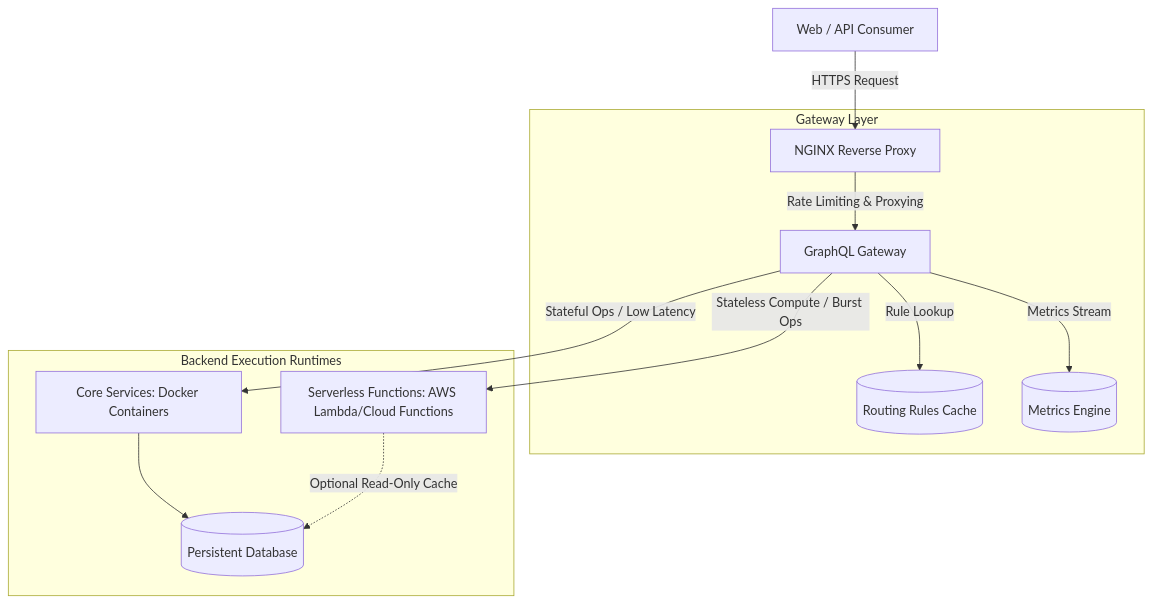
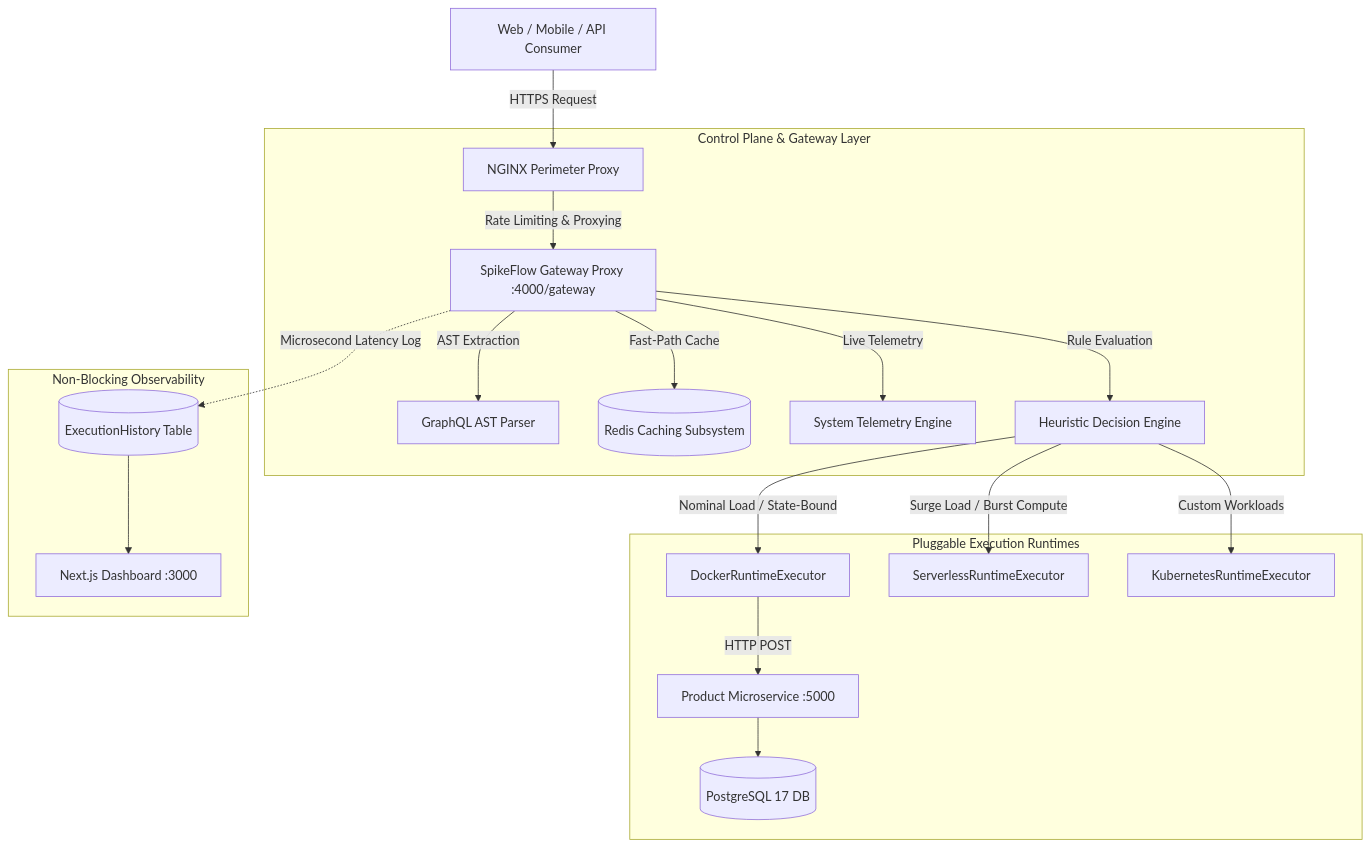
One commit to kdsirax/SpikeFlow changed the first of 2 diagrams in docs/architecture.md. Above: the diagram before and after it, drawn with Mermaid. The commit also changed other lines of this file and 10 other files, not shown here.

Commit message:
docs: add comprehensive project documentation and update README architectural overview

````diff
--- a/docs/architecture.md
+++ b/docs/architecture.md
@@ -9,18 +9,26 @@
 ```mermaid
 graph TD
-    Client[Web / API Consumer] -->|HTTPS Request| Nginx[NGINX Reverse Proxy]
+    Client[Web / Mobile / API Consumer] -->|HTTPS Request| Nginx[NGINX Perimeter Proxy]
     
-    subgraph Gateway Layer
-        Nginx -->|Rate Limiting & Proxying| Gateway[GraphQL Gateway]
-        Gateway -->|Rule Lookup| Rules[(Routing Rules Cache)]
-        Gateway -->|Metrics Stream| Metrics[(Metrics Engine)]
+    subgraph Control Plane & Gateway Layer
+        Nginx -->|Rate Limiting & Proxying| Gateway[SpikeFlow Gateway Proxy :4000/gateway]
+        Gateway -->|AST Extraction| Parser[GraphQL AST Parser]
+        Gateway -->|Fast-Path Cache| Redis[(Redis Caching Subsystem)]
+        Gateway -->|Live Telemetry| SysMetrics[System Telemetry Engine]
+        Gateway -->|Rule Evaluation| DecisionEngine[Heuristic Decision Engine]
     end
 
-    subgraph Backend Execution Runtimes
-        Gateway -->|Stateful Ops / Low Latency| DockerRun[Core Services: Docker Containers]
-        Gateway -->|Stateless Compute / Burst Ops| ServerlessRun[Serverless Functions: AWS Lambda/Cloud Functions]
+    subgraph Pluggable Execution Runtimes
+        DecisionEngine -->|Nominal Load / State-Bound| DockerExec[DockerRuntimeExecutor]
+        DecisionEngine -->|Surge Load / Burst Compute| ServerlessExec[ServerlessRuntimeExecutor]
+        DecisionEngine -->|Custom Workloads| K8sExec[KubernetesRuntimeExecutor]
         
-        DockerRun --> DB[(Persistent Database)]
-        ServerlessRun -.->|Optional Read-Only Cache| DB
+        DockerExec -->|HTTP POST| UpstreamSvc[Product Microservice :5000]
+        UpstreamSvc --> Postgres[(PostgreSQL 17 DB)]
+    end
+
+    subgraph Non-Blocking Observability
+        Gateway -.->|Microsecond Latency Log| ExecHistory[(ExecutionHistory Table)]
+        ExecHistory --> NextDashboard[Next.js Dashboard :3000]
     end
 ```
````
